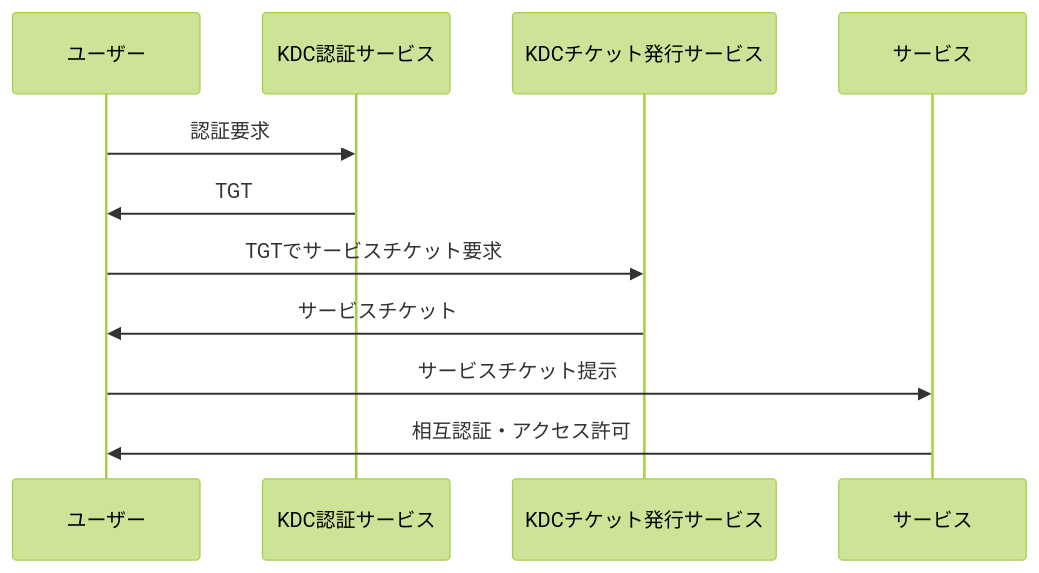
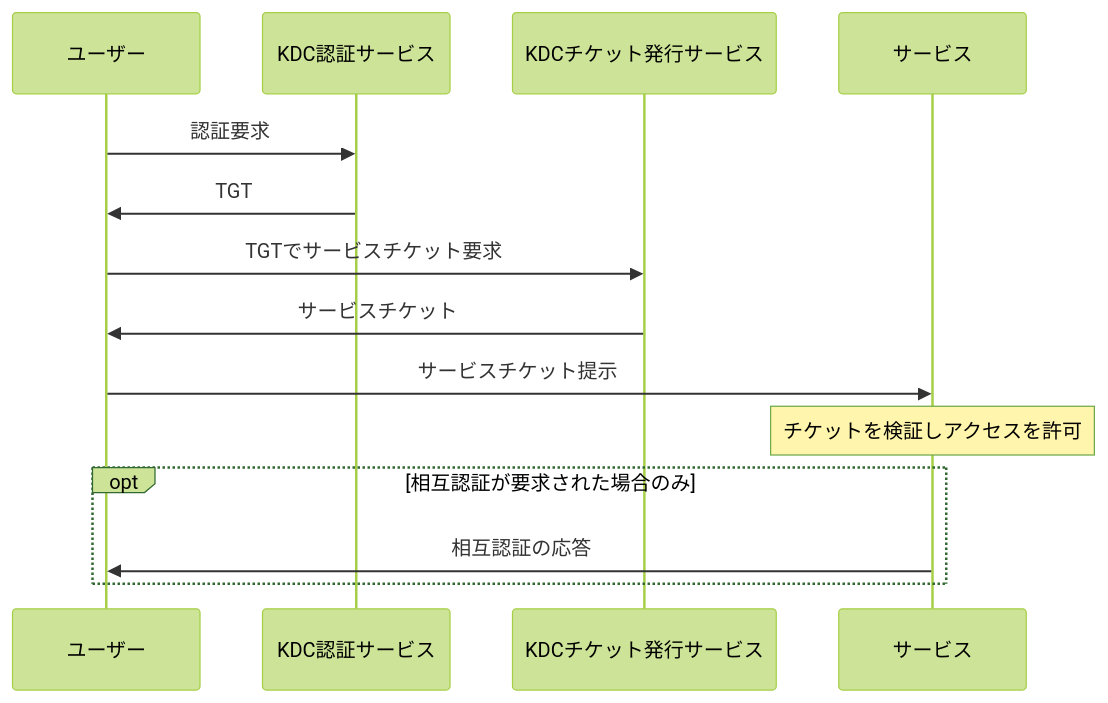
One commit to myoshi2891/Security_Studies changed diagram 19 of 22 in Issap-guide.md. Above: the diagram before and after it, drawn with Mermaid (forest theme). The commit also changed other lines of this file and 3 other files, not shown here.

First line of the commit message:
docs(guides): correct deployment models, AVA roadmap, third-party scope and ISSAP details

````diff
--- a/Issap-guide.md
+++ b/Issap-guide.md
@@ -1020,13 +1020,16 @@
 ```mermaid
 sequenceDiagram
   participant U as ユーザー
   participant AS as KDC認証サービス
   participant TGS as KDCチケット発行サービス
   participant S as サービス
   U->>AS: 認証要求
   AS->>U: TGT
   U->>TGS: TGTでサービスチケット要求
   TGS->>U: サービスチケット
   U->>S: サービスチケット提示
-  S->>U: 相互認証・アクセス許可
+  Note over S: チケットを検証しアクセスを許可
+  opt 相互認証が要求された場合のみ
+    S->>U: 相互認証の応答
+  end
 ```
````
